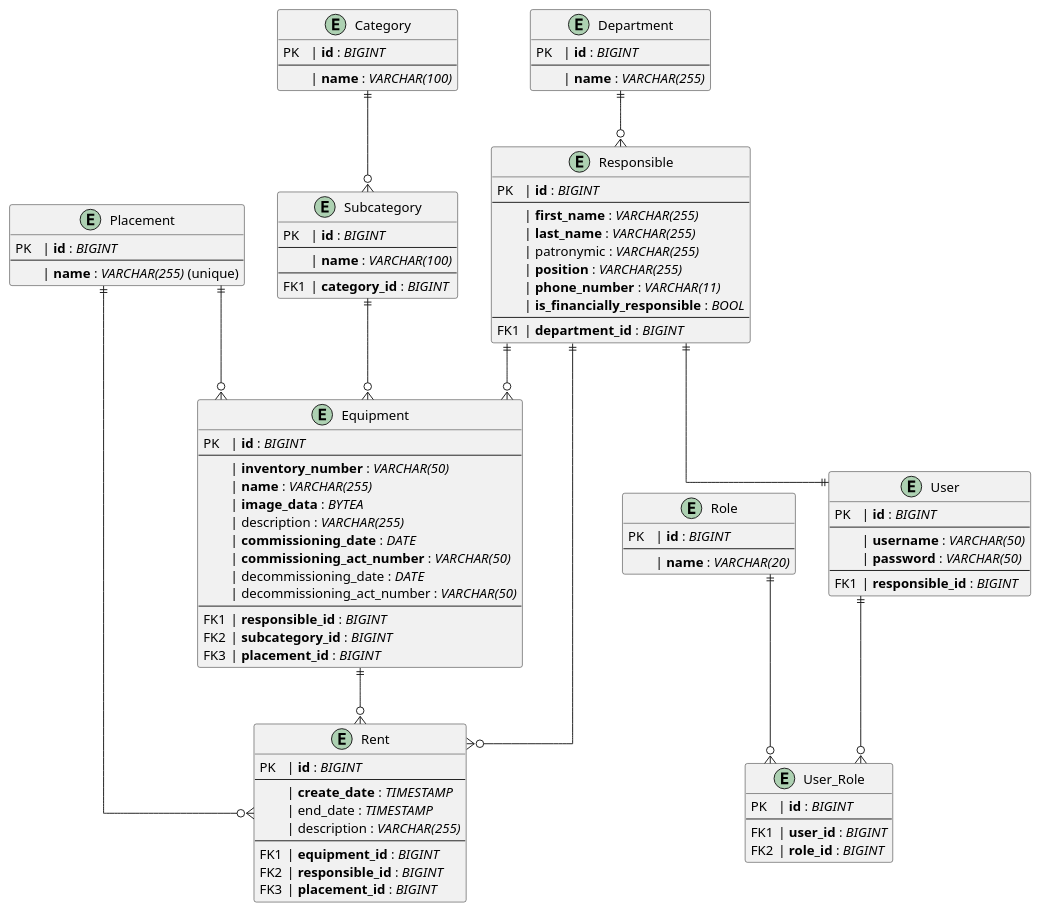
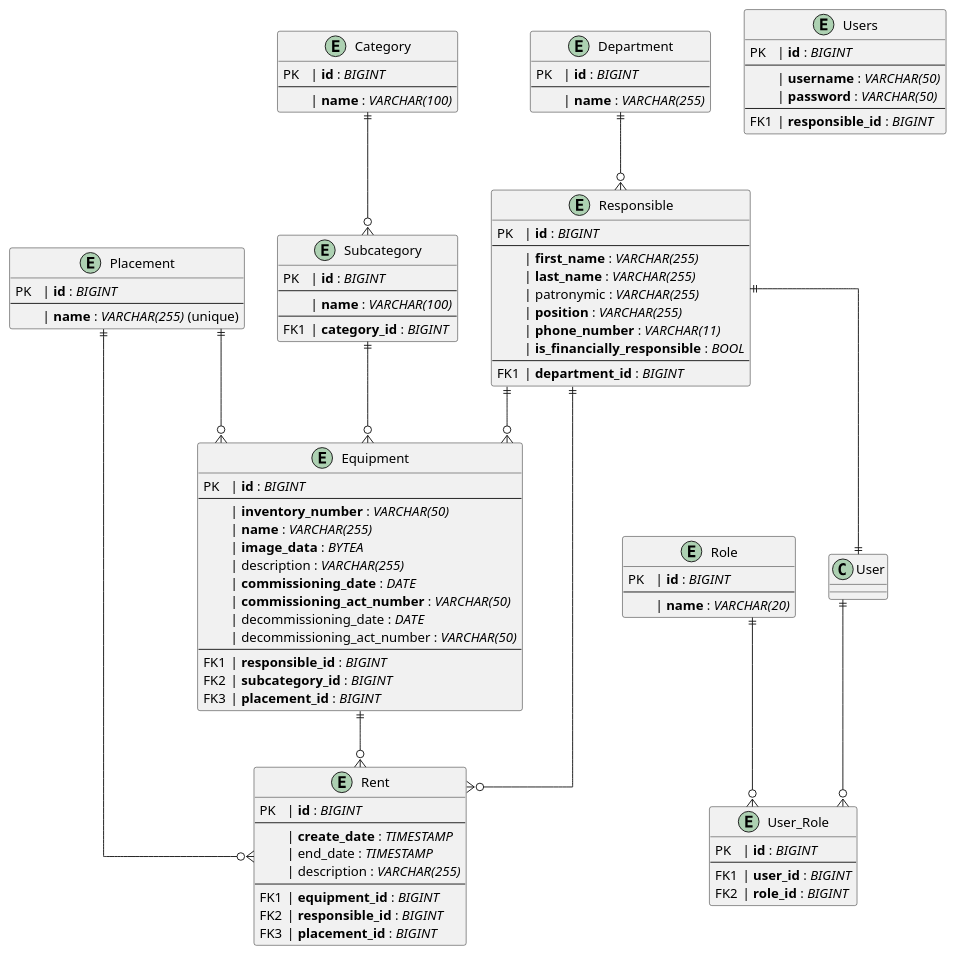
Before and after one commit to http3ac3/mtru-server: the diagram in docs/er.puml, drawn with PlantUML. The commit also changed 5 other files, not shown here.

```diff
--- a/docs/er.puml
+++ b/docs/er.puml
@@ -1,110 +1,110 @@
 @startuml
 skinparam linetype ortho
 
 'сущности
 
 entity Equipment {
   PK\t| **id** : //BIGINT//
   --
     \t| **inventory_number** : //VARCHAR(50)//
     \t| **name** : //VARCHAR(255)//
     \t| **image_data** : //BYTEA//
     \t| description : //VARCHAR(255)//
     \t| **commissioning_date** : //DATE//
     \t| **commissioning_act_number** : //VARCHAR(50)//
     \t| decommissioning_date : //DATE//
     \t| decommissioning_act_number : //VARCHAR(50)//
   --
   FK1\t| **responsible_id** : //BIGINT//
   FK2\t| **subcategory_id** : //BIGINT//
   FK3\t| **placement_id** : //BIGINT//
 }
 
 entity Placement {
   PK\t| **id** : //BIGINT//
   --
     \t| **name** : //VARCHAR(255)// (unique)
 }
 
 entity Department {
   PK\t| **id** : //BIGINT//
   --
     \t| **name** : //VARCHAR(255)//
 }
 
 entity Responsible {
   PK\t| **id** : //BIGINT//
   --
     \t| **first_name** : //VARCHAR(255)//
     \t| **last_name** : //VARCHAR(255)//
     \t| patronymic : //VARCHAR(255)//
     \t| **position** : //VARCHAR(255)//
     \t| **phone_number** : //VARCHAR(11)//
     \t| **is_financially_responsible** : //BOOL//
   --
   FK1\t| **department_id** : //BIGINT//
 }
 
 entity Category {
   PK\t| **id** : //BIGINT//
   --
     \t| **name** : //VARCHAR(100)//
 }
 
 entity Subcategory {
   PK\t| **id** : //BIGINT//
   --
     \t| **name** : //VARCHAR(100)//
   --
   FK1\t| **category_id** : //BIGINT//
 }
 
 entity Rent {
   PK\t| **id** : //BIGINT//
   --
     \t| **create_date** : //TIMESTAMP//
     \t| end_date : //TIMESTAMP//
     \t| description : //VARCHAR(255)//
   --
   FK1\t| **equipment_id** : //BIGINT//
   FK2\t| **responsible_id** : //BIGINT//
   FK3\t| **placement_id** : //BIGINT//
 }
 
-entity User {
+entity Users {
   PK\t| **id** : //BIGINT//
   --
     \t| **username** : //VARCHAR(50)//
     \t| **password** : //VARCHAR(50)//
   --
   FK1\t| **responsible_id** : //BIGINT//
 }
 
 entity Role {
   PK\t| **id** : //BIGINT//
   --
     \t| **name** : //VARCHAR(20)//
 }
 
 entity User_Role {
   PK\t| **id** : //BIGINT//
   --
   FK1\t| **user_id** : //BIGINT//
   FK2\t| **role_id** : //BIGINT//
 }
 
 'relationships
 
 Category    ||--o{ Subcategory
 Subcategory ||--o{ Equipment
 Equipment   ||--o{ Rent
 Responsible ||--o{ Rent
 Placement   ||--o{ Equipment
 Placement   ||--o{ Rent
 Responsible ||--|| User
 Department ||--o{ Responsible
 Responsible ||--o{ Equipment
 
 User ||--o{ User_Role
 Role ||--o{ User_Role
 @enduml
```
